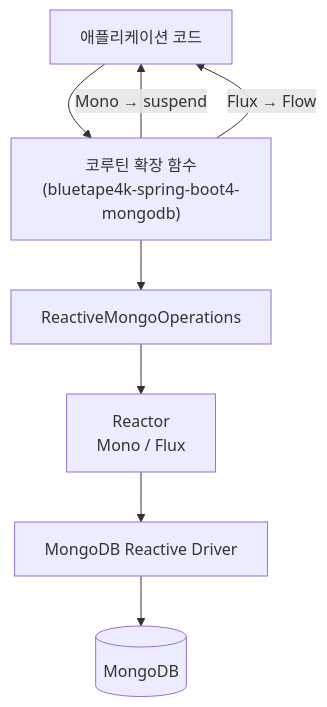
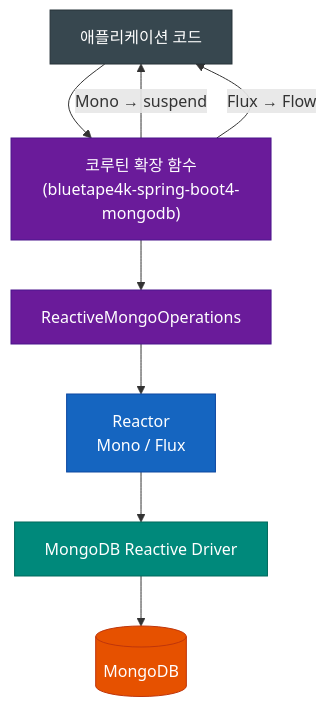
The second of 4 diagrams in spring-boot4/mongodb/README.ko.md (bluetape4k/bluetape4k-projects), drawn with Mermaid before and after one commit. The commit also changed other lines of this file and 221 other files, not shown here.

First line of the commit message:
docs: 전체 모듈 README UML 다이어그램 보강 및 색상 업그레이드

````diff
--- a/spring-boot4/mongodb/README.ko.md
+++ b/spring-boot4/mongodb/README.ko.md
@@ -162,10 +168,22 @@
 ```mermaid
 flowchart TD
     App["애플리케이션 코드"] --> Ext["코루틴 확장 함수<br/>(bluetape4k-spring-boot4-mongodb)"]
     Ext --> ROps["ReactiveMongoOperations"]
     ROps --> Reactor["Reactor<br/>Mono / Flux"]
     Reactor --> Driver["MongoDB Reactive Driver"]
     Driver --> MongoDB[("MongoDB")]
     Ext -- "Mono → suspend" --> App
     Ext -- "Flux → Flow" --> App
+
+    classDef appStyle fill:#37474F,stroke:#263238,color:#FFFFFF
+    classDef extStyle fill:#6A1B9A,stroke:#4A148C,color:#FFFFFF
+    classDef reactorStyle fill:#1565C0,stroke:#0D47A1,color:#FFFFFF
+    classDef driverStyle fill:#00897B,stroke:#00695C,color:#FFFFFF
+    classDef dbStyle fill:#E65100,stroke:#BF360C,color:#FFFFFF
+
+    class App appStyle
+    class Ext,ROps extStyle
+    class Reactor reactorStyle
+    class Driver driverStyle
+    class MongoDB dbStyle
 ```
````
